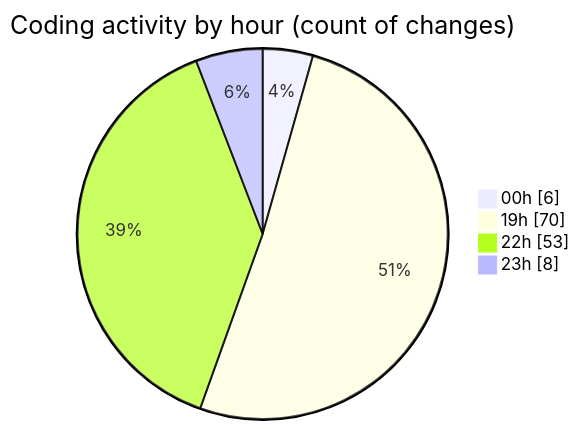
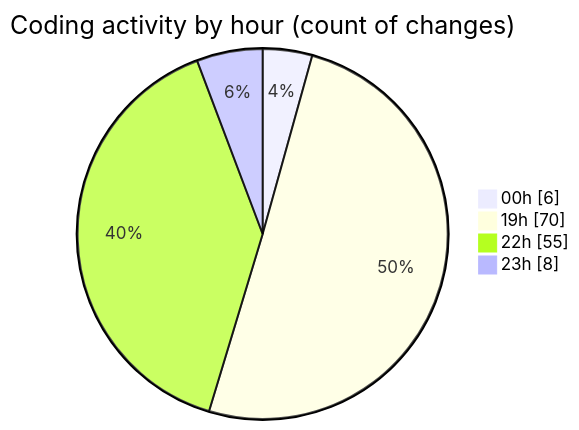
The second of 2 diagrams in 2025-08-05/javascript/README.md (Ritupan-Deka/code-tracking), drawn with Mermaid before and after one commit. The commit also changed other lines of this file and 1 other file, not shown here.

````diff
--- a/2025-08-05/javascript/README.md
+++ b/2025-08-05/javascript/README.md
@@ -30,8 +30,8 @@
 ```mermaid
 pie showData
 title Coding activity by hour (count of changes)
 "00h" : 6
 "19h" : 70
-"22h" : 53
+"22h" : 55
 "23h" : 8
 ```
````
